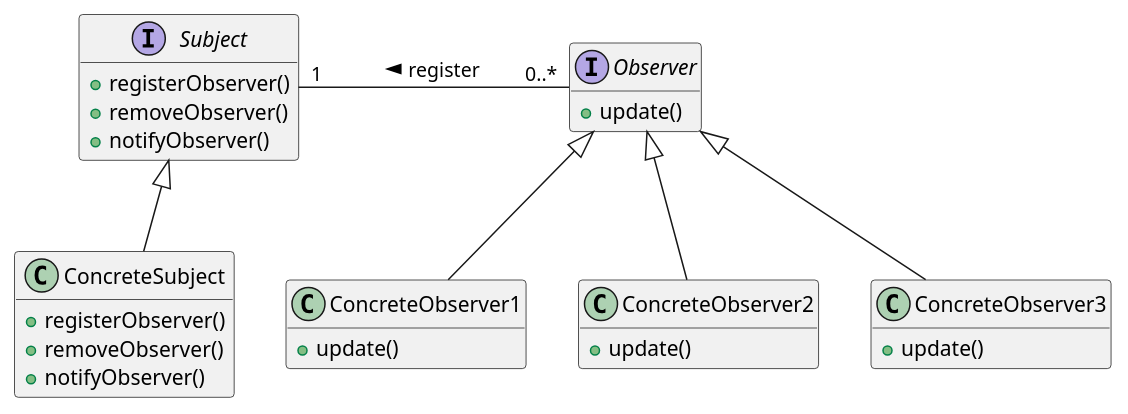
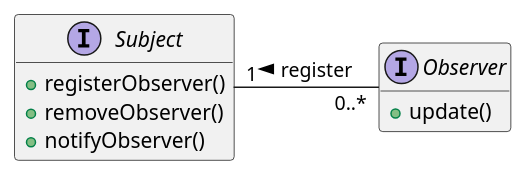
The diagram in ObserverPattern/ObserverPattern.puml (gama79530/DesignPattern), drawn with PlantUML before and after one commit. The commit also changed 4 other files, not shown here.

Commit message:
Refactor: simiplify the UML of each pattern

```diff
--- a/ObserverPattern/ObserverPattern.puml
+++ b/ObserverPattern/ObserverPattern.puml
@@ -1,38 +1,15 @@
 @startuml ObserverPattern
 hide empty members
 
 interface Subject{
     + registerObserver()
     + removeObserver()
     + notifyObserver()
 }
 
 interface Observer{
     + update()
 }
 
-class ConcreteSubject{
-    + registerObserver()
-    + removeObserver()
-    + notifyObserver()
-}
-
-class ConcreteObserver1{
-    + update()
-}
-
-class ConcreteObserver2{
-    + update()
-}
-
-class ConcreteObserver3{
-    + update()
-}
-
-Subject <|-- ConcreteSubject
-Observer <|-- ConcreteObserver1
-Observer <|-- ConcreteObserver2
-Observer <|-- ConcreteObserver3
-
 Subject "1" - "0..*" Observer : < register 
 @enduml
```
